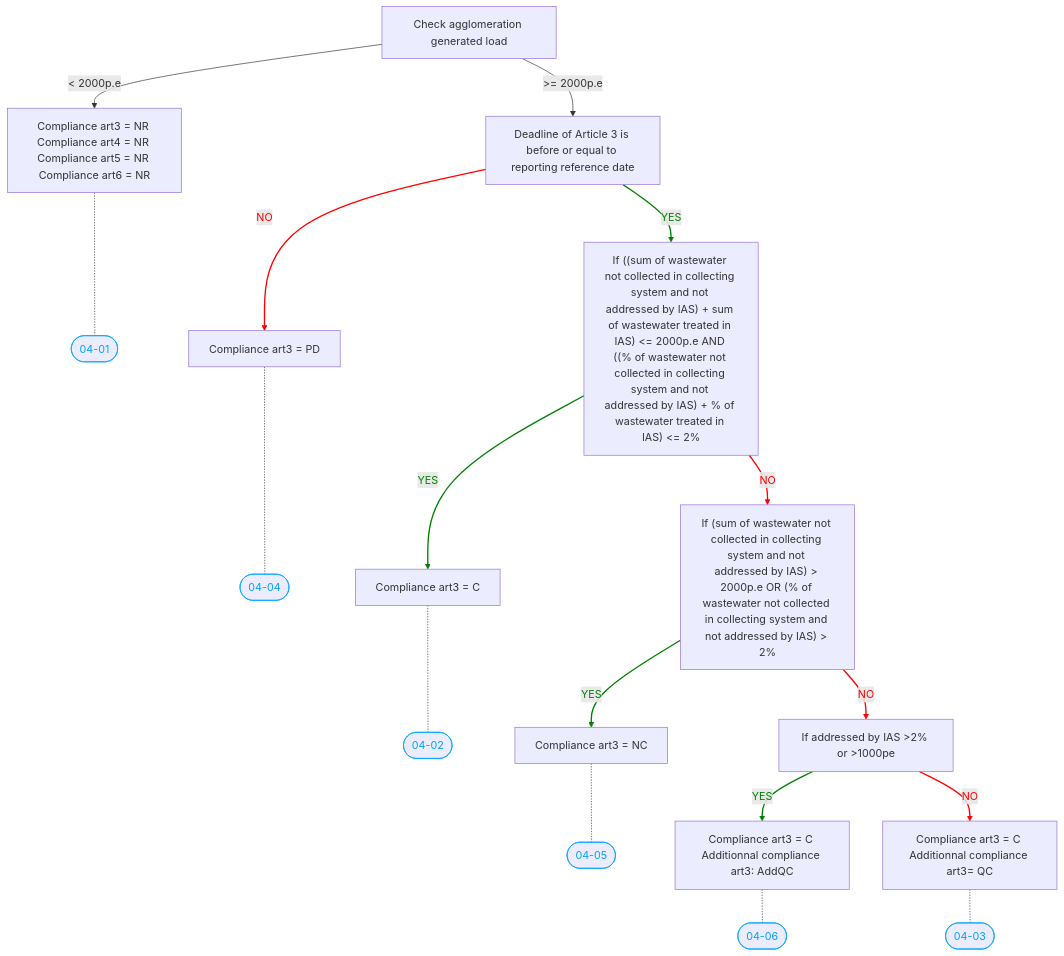
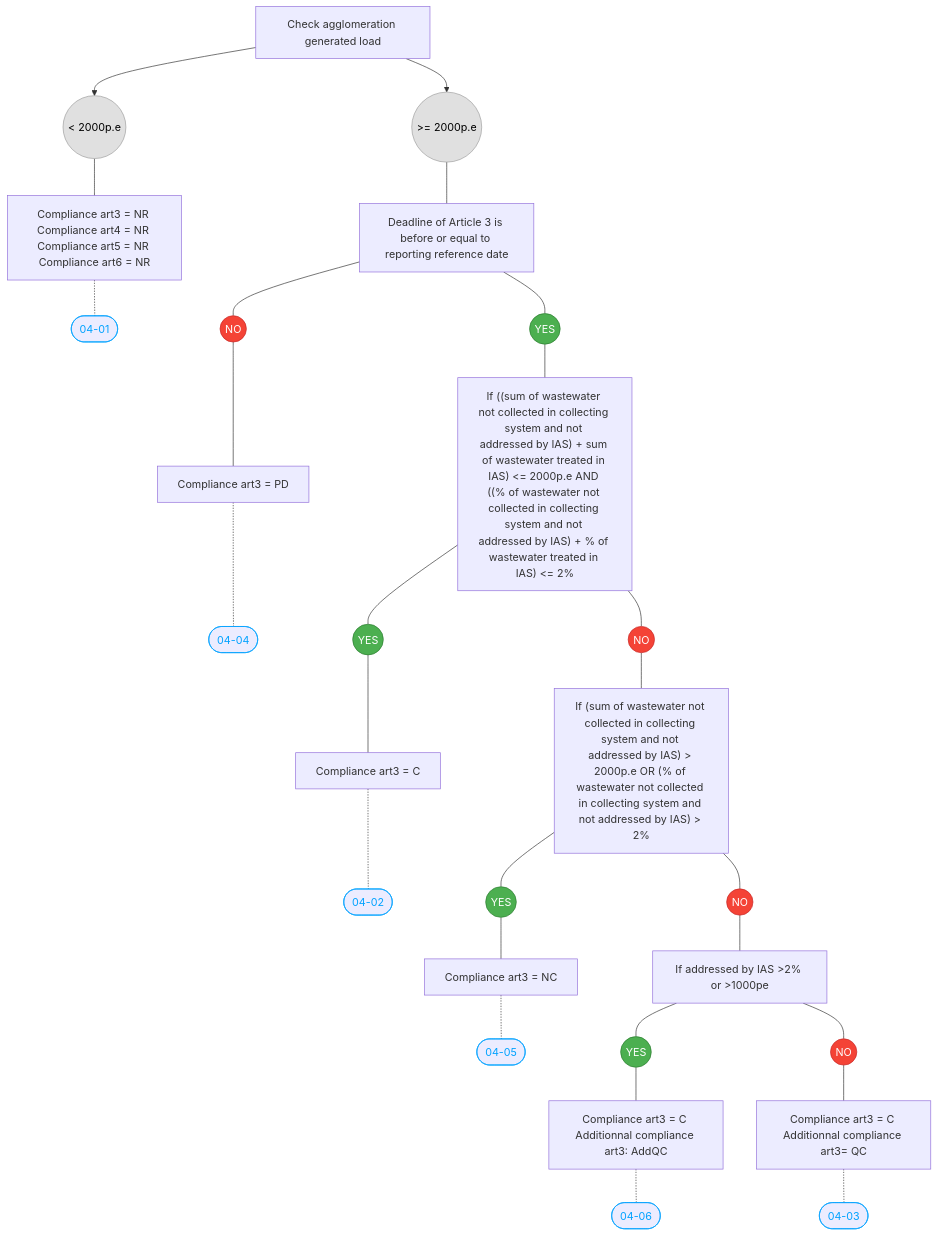
One commit to eeadata/WISE.UWWTD.Documentation changed the diagram in docs/algorithms/algorithm-4.md. Above: the diagram before and after it, drawn with Mermaid. The commit also changed other lines of this file and 23 other files, not shown here.

First line of the commit message:
Update CSS, diagrams and tables

````diff
--- a/docs/algorithms/algorithm-4.md
+++ b/docs/algorithms/algorithm-4.md
@@ -56,37 +56,42 @@
 ```{mermaid}
 graph TB
 ROOT["Check agglomeration generated load"]
 
-ROOT -->|< 2000p.e| LT2000["Compliance art3 = NR Compliance art4 = NR Compliance art5 = NR Compliance art6 = NR"]
+ROOT --> L1(("< 2000p.e")) --- LT2000["Compliance art3 = NR Compliance art4 = NR Compliance art5 = NR Compliance art6 = NR"]
 LT2000 -.- ID01(["04-01"])
 
-ROOT -->|>= 2000p.e| GE2000["Deadline of Article 3 is before or equal to reporting reference date"]
+ROOT --> L2((">= 2000p.e")) --- GE2000["Deadline of Article 3 is before or equal to reporting reference date"]
 
-GE2000 -->|NO| ART3_PD["Compliance art3 = PD"]
+GE2000 --- N1((NO)) --- ART3_PD["Compliance art3 = PD"]
 ART3_PD -.- ID04(["04-04"])
 
-GE2000 -->|YES| COND1["If ((sum of wastewater not collected in collecting system and not addressed by IAS) + sum of wastewater treated in IAS) <= 2000p.e AND ((% of wastewater not collected in collecting system and not addressed by IAS) + % of wastewater treated in IAS) <= 2%"]
+GE2000 --- Y1((YES)) --- COND1["If ((sum of wastewater not collected in collecting system and not addressed by IAS) + sum of wastewater treated in IAS) <= 2000p.e AND ((% of wastewater not collected in collecting system and not addressed by IAS) + % of wastewater treated in IAS) <= 2%"]
 
-COND1 -->|YES| ART3_C["Compliance art3 = C"]
+COND1 --- Y2((YES)) --- ART3_C["Compliance art3 = C"]
 ART3_C -.- ID02(["04-02"])
 
-COND1 -->|NO| COND2["If (sum of wastewater not collected in collecting system and not addressed by IAS) > 2000p.e OR (% of wastewater not collected in collecting system and not addressed by IAS) > 2%"]
+COND1 --- N2((NO)) --- COND2["If (sum of wastewater not collected in collecting system and not addressed by IAS) > 2000p.e OR (% of wastewater not collected in collecting system and not addressed by IAS) > 2%"]
 
-COND2 -->|YES| ART3_NC["Compliance art3 = NC"]
+COND2 --- Y3((YES)) --- ART3_NC["Compliance art3 = NC"]
 ART3_NC -.- ID05(["04-05"])
 
-COND2 -->|NO| COND3["If addressed by IAS >2% or >1000pe"]
+COND2 --- N3((NO)) --- COND3["If addressed by IAS >2% or >1000pe"]
 
-COND3 -->|YES| ART3_C_ADDQC["Compliance art3 = C Additionnal compliance art3: AddQC"]
+COND3 --- Y4((YES)) --- ART3_C_ADDQC["Compliance art3 = C Additionnal compliance art3: AddQC"]
 ART3_C_ADDQC -.- ID06(["04-06"])
 
-COND3 -->|NO| ART3_C_QC["Compliance art3 = C Additionnal compliance art3= QC"]
+COND3 --- N4((NO)) --- ART3_C_QC["Compliance art3 = C Additionnal compliance art3= QC"]
 ART3_C_QC -.- ID03(["04-03"])
 
+%% Styles
 classDef reference stroke:#00a2ff,color:#00a2ff;
-class ID01,ID04,ID02,ID05,ID06,ID03 reference;
+classDef yesBox fill:#4CAF50,color:white,stroke:#2E7D32;
+classDef noBox fill:#F44336,color:white,stroke:#C62828;
+classDef routeBox fill:#E0E0E0,color:black,stroke:#9E9E9E;
 
-%% Apply YES (Green) and NO (Red) Link Styles
-linkStyle 5,6,9,12 stroke:green,color:green,stroke-width:2px;
-linkStyle 3,8,11,14 stroke:red,color:red,stroke-width:2px;
+%% Class Assignments
+class ID01,ID02,ID03,ID04,ID05,ID06 reference;
+class Y1,Y2,Y3,Y4 yesBox;
+class N1,N2,N3,N4 noBox;
+class L1,L2 routeBox;
 ```
````
